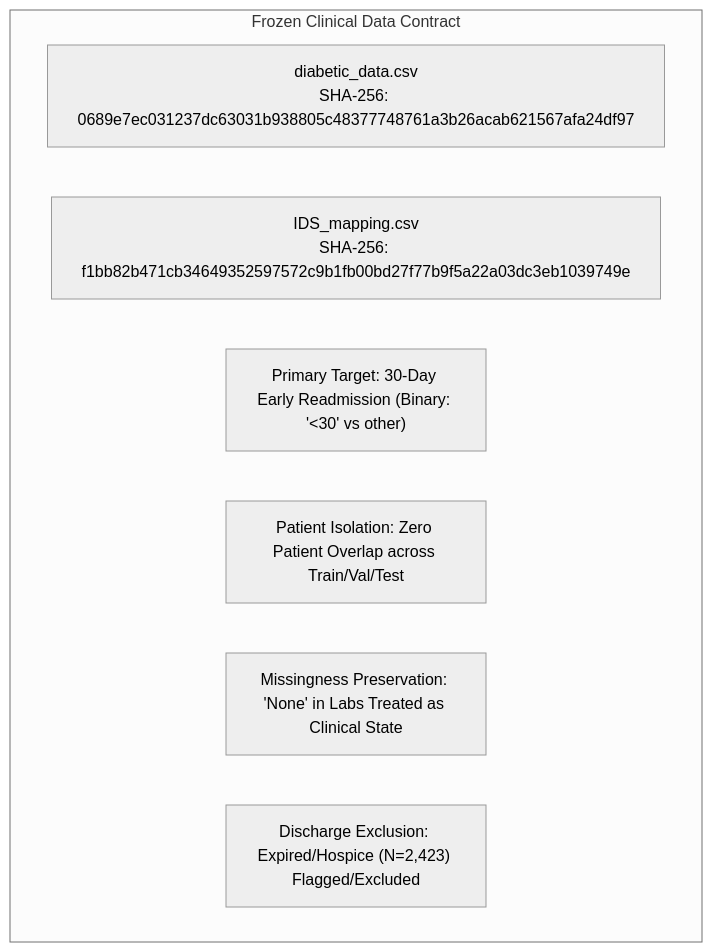
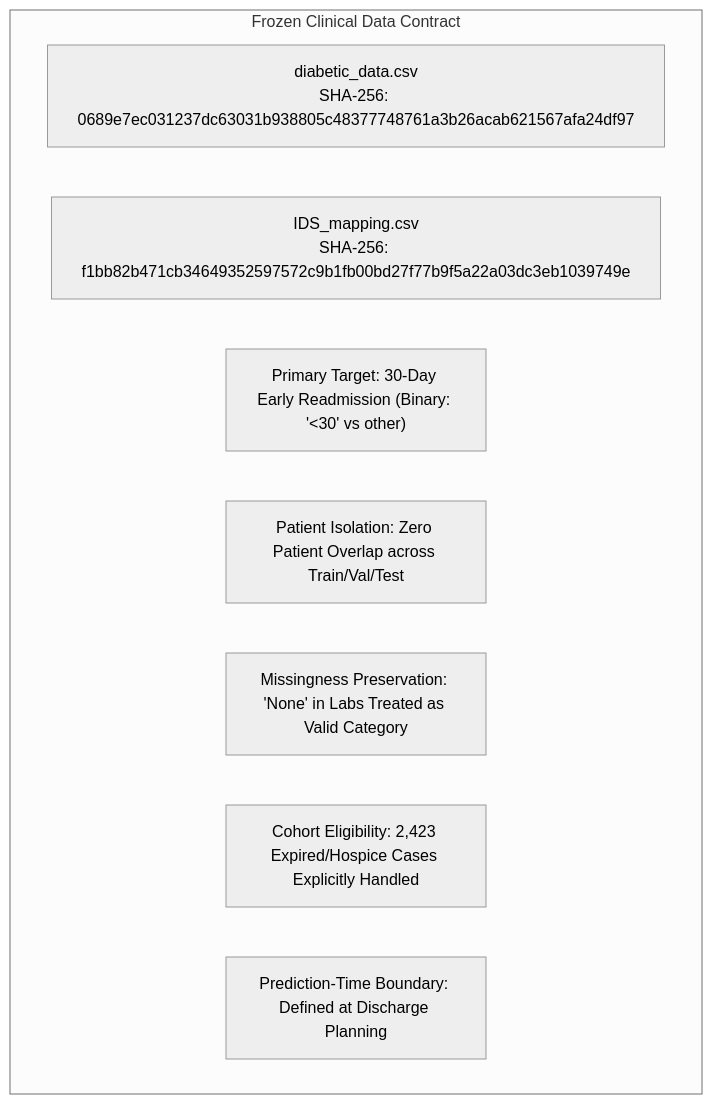
One commit to Dr-Venom29/FusionMedAI changed the diagram in research/clinical/Volume_01_Dataset_Audit/10_dataset_freeze.md. Above: the diagram before and after it, drawn with Mermaid (neutral theme). The commit also changed other lines of this file and 25 other files, not shown here.

````diff
--- a/research/clinical/Volume_01_Dataset_Audit/10_dataset_freeze.md
+++ b/research/clinical/Volume_01_Dataset_Audit/10_dataset_freeze.md
@@ -7,12 +7,13 @@
 ```mermaid
 flowchart TD
     subgraph Data_Contract [Frozen Clinical Data Contract]
         F1["diabetic_data.csv<br/>SHA-256: 0689e7ec031237dc63031b938805c48377748761a3b26acab621567afa24df97"]
         F2["IDS_mapping.csv<br/>SHA-256: f1bb82b471cb34649352597572c9b1fb00bd27f77b9f5a22a03dc3eb1039749e"]
         
         P1["Primary Target: 30-Day Early Readmission (Binary: '<30' vs other)"]
         P2["Patient Isolation: Zero Patient Overlap across Train/Val/Test"]
-        P3["Missingness Preservation: 'None' in Labs Treated as Clinical State"]
-        P4["Discharge Exclusion: Expired/Hospice (N=2,423) Flagged/Excluded"]
+        P3["Missingness Preservation: 'None' in Labs Treated as Valid Category"]
+        P4["Cohort Eligibility: 2,423 Expired/Hospice Cases Explicitly Handled"]
+        P5["Prediction-Time Boundary: Defined at Discharge Planning"]
     end
 ```
````
